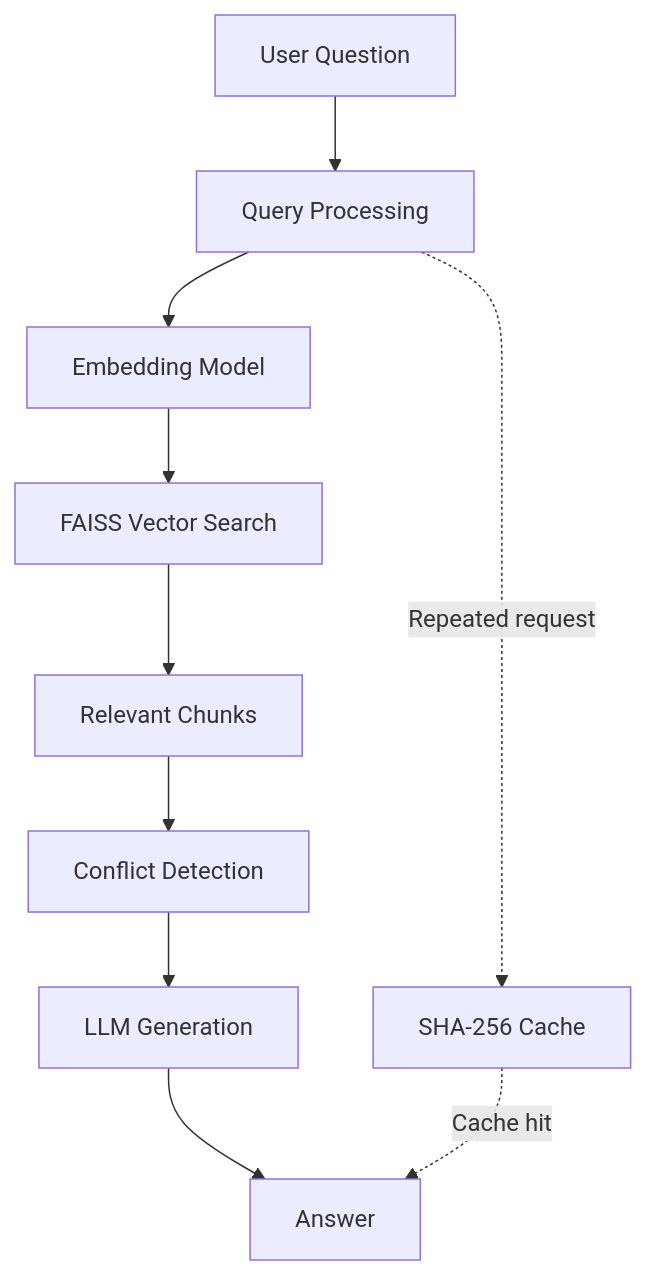
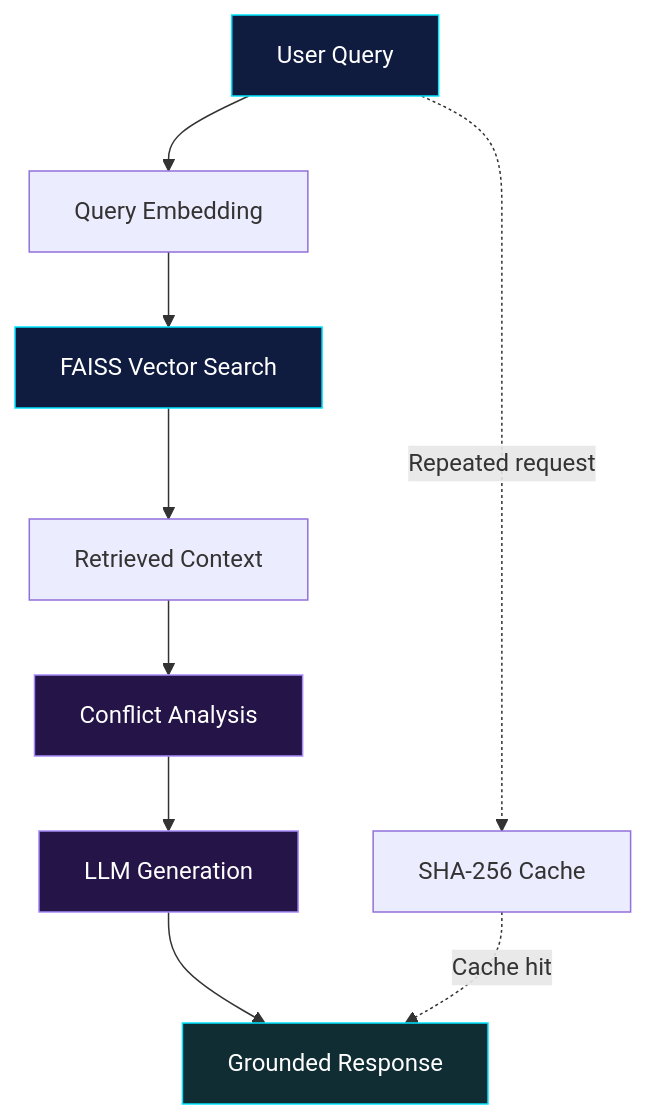
Before and after one commit to sandhruv/sandhruv: the third of 3 diagrams in README.md, drawn with Mermaid. The commit also changed other lines of this file, not shown here.

````diff
--- a/README.md
+++ b/README.md
@@ -198,12 +223,17 @@
 ```mermaid
 flowchart TD
-    A[User Question] --> B[Query Processing]
-    B --> C[Embedding Model]
-    C --> D[FAISS Vector Search]
-    D --> E[Relevant Chunks]
-    E --> F[Conflict Detection]
-    F --> G[LLM Generation]
-    G --> H[Answer]
-    B -. Repeated request .-> I[SHA-256 Cache]
-    I -. Cache hit .-> H
+    Q[User Query] --> E[Query Embedding]
+    E --> V[FAISS Vector Search]
+    V --> C[Retrieved Context]
+    C --> D[Conflict Analysis]
+    D --> L[LLM Generation]
+    L --> A[Grounded Response]
+    Q -. Repeated request .-> H[SHA-256 Cache]
+    H -. Cache hit .-> A
+
+    style Q fill:#101B40,stroke:#00E5FF,color:#FFFFFF
+    style V fill:#101B40,stroke:#00E5FF,color:#FFFFFF
+    style D fill:#241447,stroke:#A78BFA,color:#FFFFFF
+    style L fill:#241447,stroke:#A78BFA,color:#FFFFFF
+    style A fill:#102D34,stroke:#00E5FF,color:#FFFFFF
 ```
````
